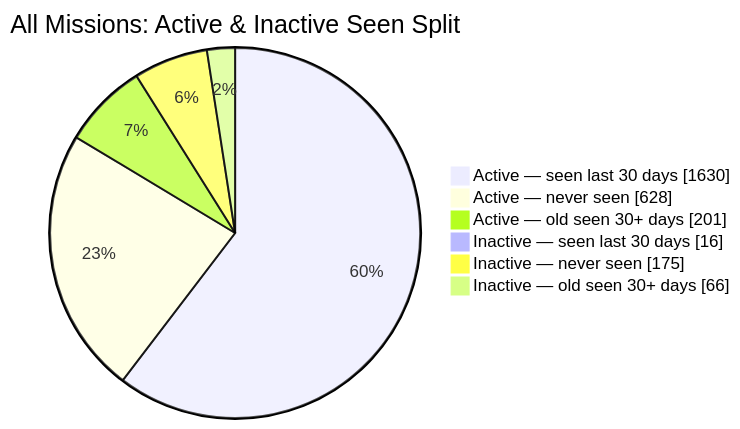
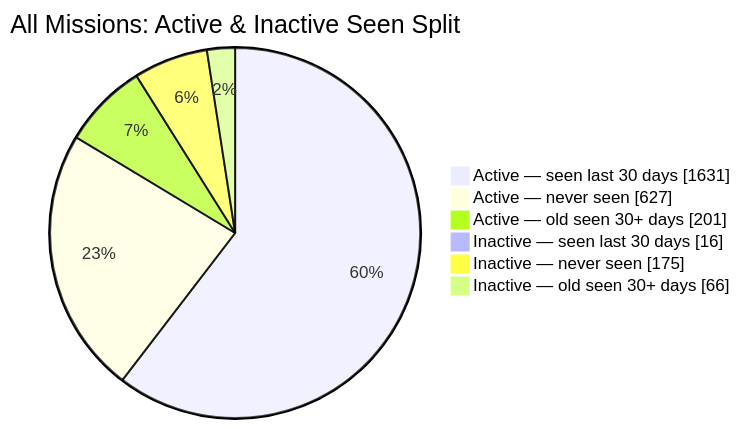
Before and after one commit to MeldkamerspelGameTeam/active-missions: the second of 2 diagrams in README.md, drawn with Mermaid. The commit also changed other lines of this file and 2 other files, not shown here.

````diff
--- a/README.md
+++ b/README.md
@@ -44,10 +44,10 @@
 ```mermaid
 pie showData
     title All Missions: Active & Inactive Seen Split
-    "Active — seen last 30 days" : 1630
-    "Active — never seen" : 628
+    "Active — seen last 30 days" : 1631
+    "Active — never seen" : 627
     "Active — old seen 30+ days" : 201
     "Inactive — seen last 30 days" : 16
     "Inactive — never seen" : 175
     "Inactive — old seen 30+ days" : 66
 ```
````
